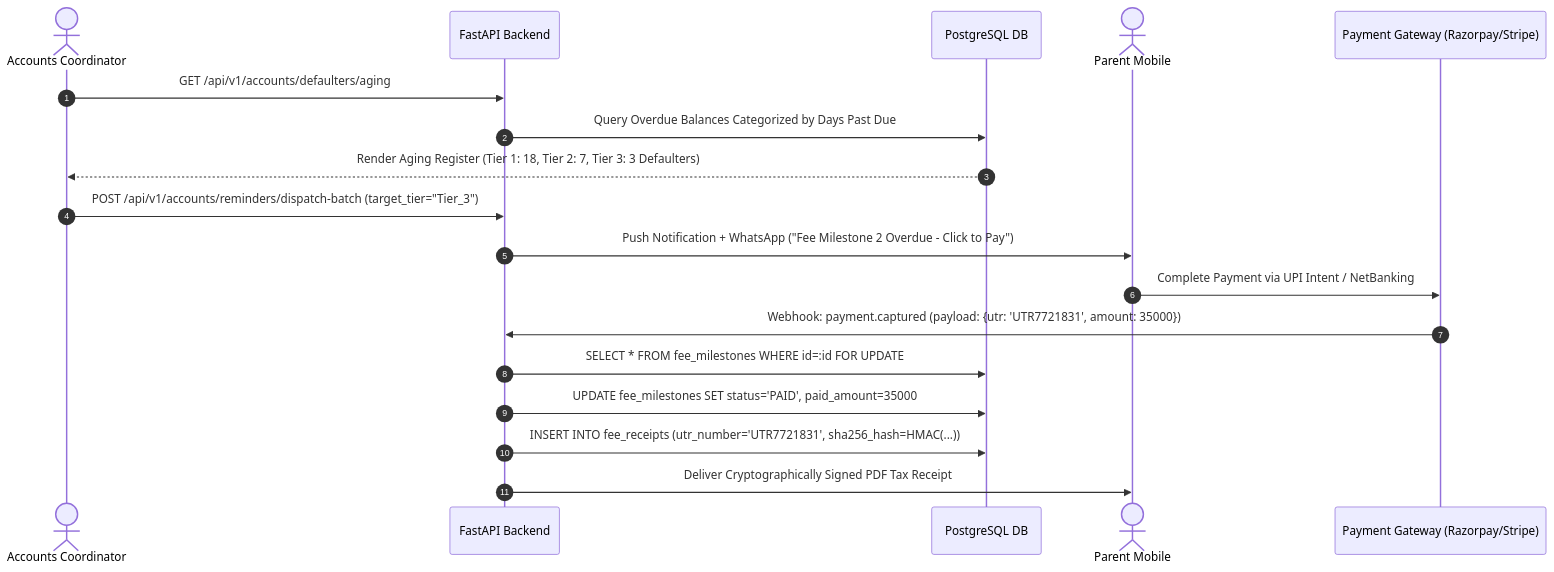
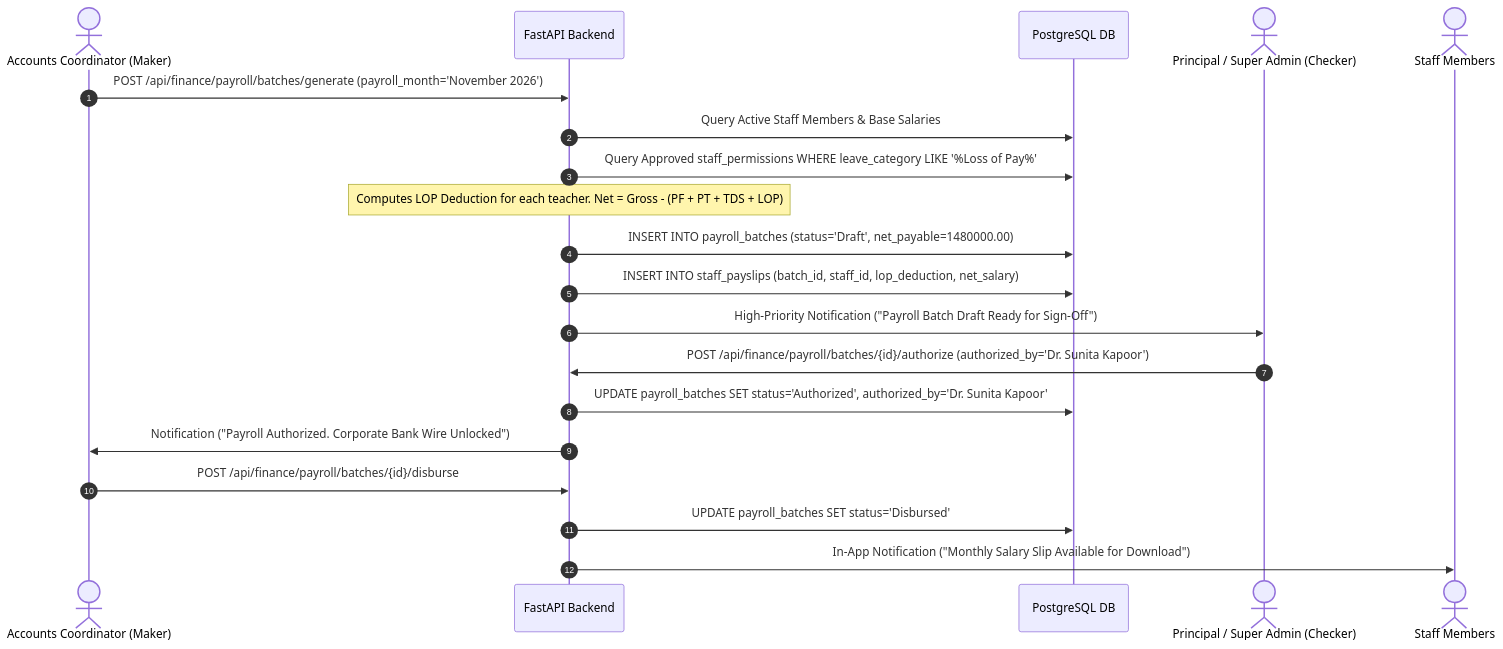
One commit to DiradzProducts/EDU360 changed diagram 16 of 19 in docs/architecture/ROLE_WISE_ARCHITECTURE_AND_WORKFLOWS.md. Above: the diagram before and after it, drawn with Mermaid. The commit also changed other lines of this file and 6 other files, not shown here.

Commit message:
docs(architecture): synchronize role-wise workflows with payroll LOP, batch exam schedules, and clock engine (v8.5)

````diff
--- a/docs/architecture/ROLE_WISE_ARCHITECTURE_AND_WORKFLOWS.md
+++ b/docs/architecture/ROLE_WISE_ARCHITECTURE_AND_WORKFLOWS.md
@@ -590,21 +659,25 @@
 ```mermaid
 sequenceDiagram
     autonumber
-    actor AccCoord as Accounts Coordinator
+    actor Accounts as Accounts Coordinator (Maker)
     participant API as FastAPI Backend
     participant DB as PostgreSQL DB
-    actor Parent as Parent Mobile
-    participant PG as Payment Gateway (Razorpay/Stripe)
+    actor Admin as Principal / Super Admin (Checker)
+    actor Teacher as Staff Members
 
-    AccCoord->>API: GET /api/v1/accounts/defaulters/aging
-    API->>DB: Query Overdue Balances Categorized by Days Past Due
-    DB-->>AccCoord: Render Aging Register (Tier 1: 18, Tier 2: 7, Tier 3: 3 Defaulters)
-    AccCoord->>API: POST /api/v1/accounts/reminders/dispatch-batch (target_tier="Tier_3")
-    API->>Parent: Push Notification + WhatsApp ("Fee Milestone 2 Overdue - Click to Pay")
-    Parent->>PG: Complete Payment via UPI Intent / NetBanking
-    PG->>API: Webhook: payment.captured (payload: {utr: 'UTR7721831', amount: 35000})
-    API->>DB: SELECT * FROM fee_milestones WHERE id=:id FOR UPDATE
-    API->>DB: UPDATE fee_milestones SET status='PAID', paid_amount=35000
-    API->>DB: INSERT INTO fee_receipts (utr_number='UTR7721831', sha256_hash=HMAC(...))
-    API->>Parent: Deliver Cryptographically Signed PDF Tax Receipt
+    Accounts->>API: POST /api/finance/payroll/batches/generate (payroll_month='November 2026')
+    API->>DB: Query Active Staff Members & Base Salaries
+    API->>DB: Query Approved staff_permissions WHERE leave_category LIKE '%Loss of Pay%'
+    Note over API: Computes LOP Deduction for each teacher. Net = Gross - (PF + PT + TDS + LOP)
+    API->>DB: INSERT INTO payroll_batches (status='Draft', net_payable=1480000.00)
+    API->>DB: INSERT INTO staff_payslips (batch_id, staff_id, lop_deduction, net_salary)
+    API->>Admin: High-Priority Notification ("Payroll Batch Draft Ready for Sign-Off")
+    
+    Admin->>API: POST /api/finance/payroll/batches/{id}/authorize (authorized_by='Dr. Sunita Kapoor')
+    API->>DB: UPDATE payroll_batches SET status='Authorized', authorized_by='Dr. Sunita Kapoor'
+    API->>Accounts: Notification ("Payroll Authorized. Corporate Bank Wire Unlocked")
+    
+    Accounts->>API: POST /api/finance/payroll/batches/{id}/disburse
+    API->>DB: UPDATE payroll_batches SET status='Disbursed'
+    API->>Teacher: In-App Notification ("Monthly Salary Slip Available for Download")
 ```
````
